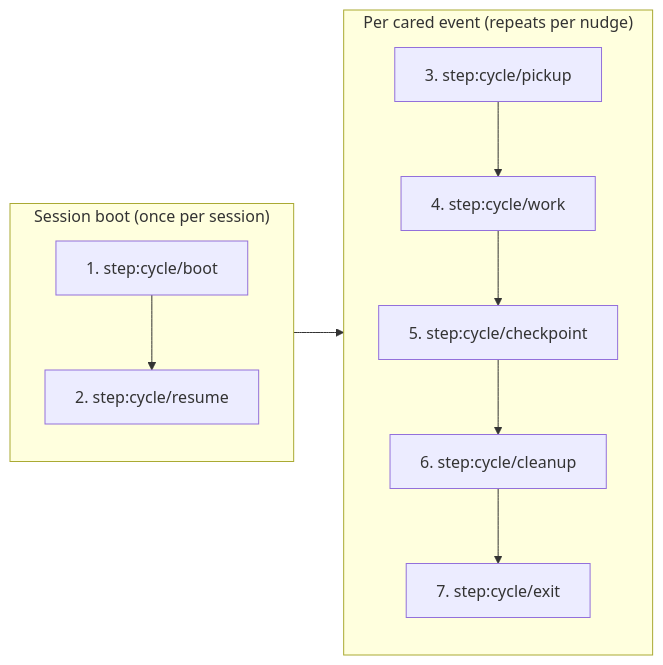
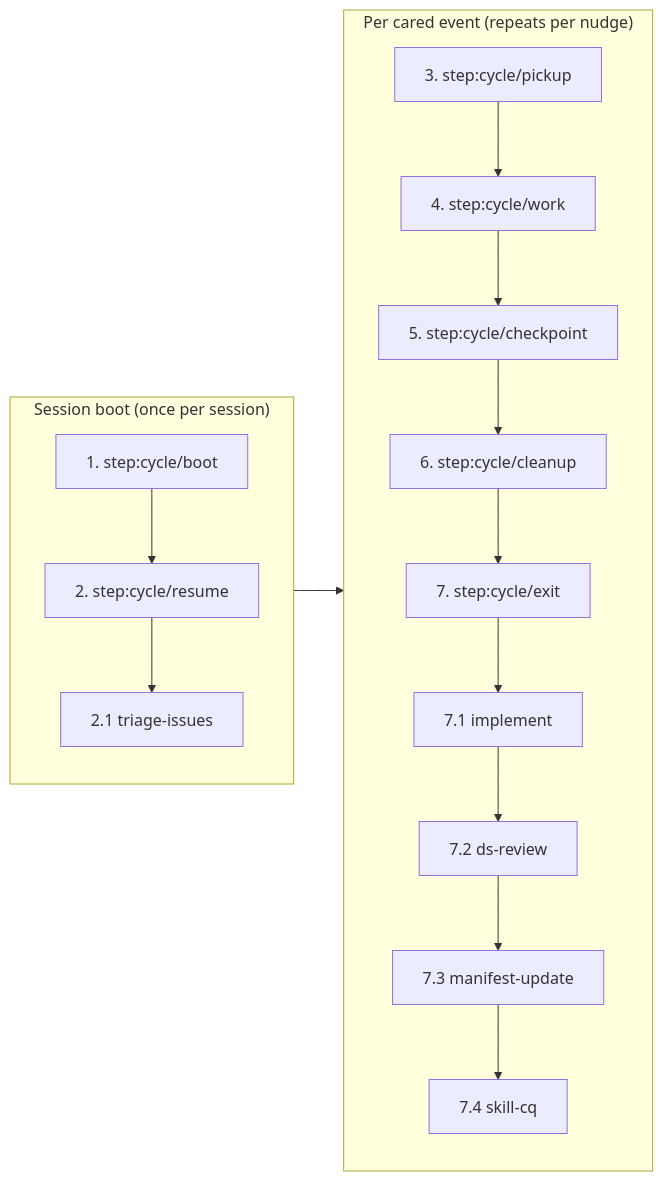
Before and after one commit to WallyDoodlez/SquidSquad: the fourth of 4 diagrams in .squidsquad/skill/CLAUDE.linked.md, drawn with Mermaid. The commit also changed other lines of this file and 11 other files, not shown here.

````diff
--- a/.squidsquad/skill/CLAUDE.linked.md
+++ b/.squidsquad/skill/CLAUDE.linked.md
@@ -372,13 +374,30 @@
 ```mermaid
 flowchart LR
     subgraph SessionBoot["Session boot (once per session)"]
-        S1["1. step:cycle/boot"] --> S2["2. step:cycle/resume"]
+        S1["1. step:cycle/boot"]
+        S2["2. step:cycle/resume"]
+        S2_1["2.1 triage-issues"]
     end
     subgraph WalkLoop["Per cared event (repeats per nudge)"]
-        S3["3. step:cycle/pickup"] --> S4["4. step:cycle/work"]
-        S4 --> S5["5. step:cycle/checkpoint"]
-        S5 --> S6["6. step:cycle/cleanup"]
-        S6 --> S7["7. step:cycle/exit"]
+        S3["3. step:cycle/pickup"]
+        S4["4. step:cycle/work"]
+        S5["5. step:cycle/checkpoint"]
+        S6["6. step:cycle/cleanup"]
+        S7["7. step:cycle/exit"]
+        S7_1["7.1 implement"]
+        S7_2["7.2 ds-review"]
+        S7_3["7.3 manifest-update"]
+        S7_4["7.4 skill-cq"]
     end
+    S1 --> S2
+    S2 --> S2_1
+    S3 --> S4
+    S4 --> S5
+    S5 --> S6
+    S6 --> S7
+    S7 --> S7_1
+    S7_1 --> S7_2
+    S7_2 --> S7_3
+    S7_3 --> S7_4
     SessionBoot --> WalkLoop
 ```
````
